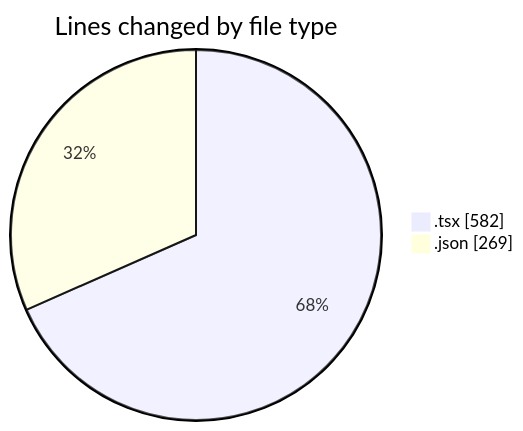
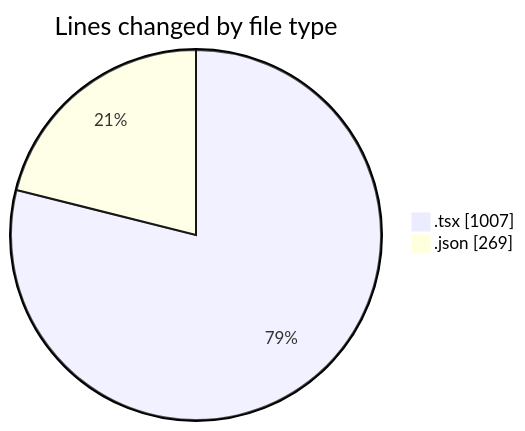
Before and after one commit to momahboobian/code-tracking: the first of 2 diagrams in 2026-01-09/cda/README.md, drawn with Mermaid. The commit also changed other lines of this file and 1 other file, not shown here.

````diff
--- a/2026-01-09/cda/README.md
+++ b/2026-01-09/cda/README.md
@@ -23,6 +23,6 @@
 ```mermaid
 pie showData
 title Lines changed by file type
-".tsx" : 582
+".tsx" : 1007
 ".json" : 269
 ```
````
